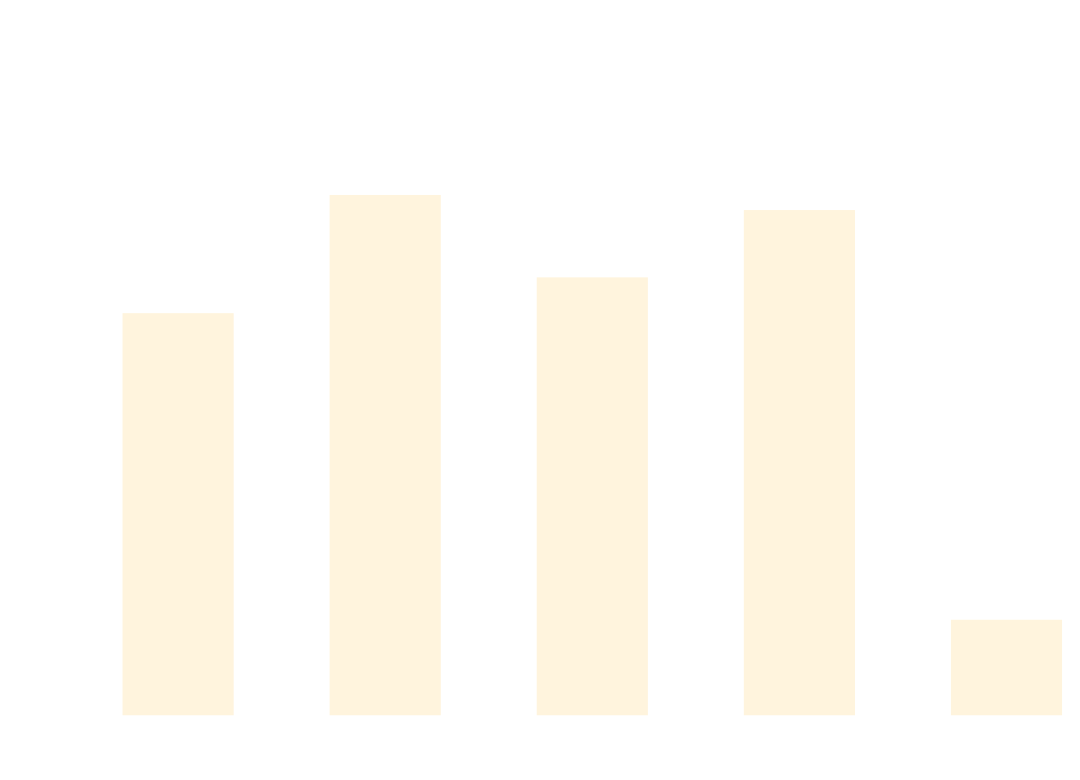
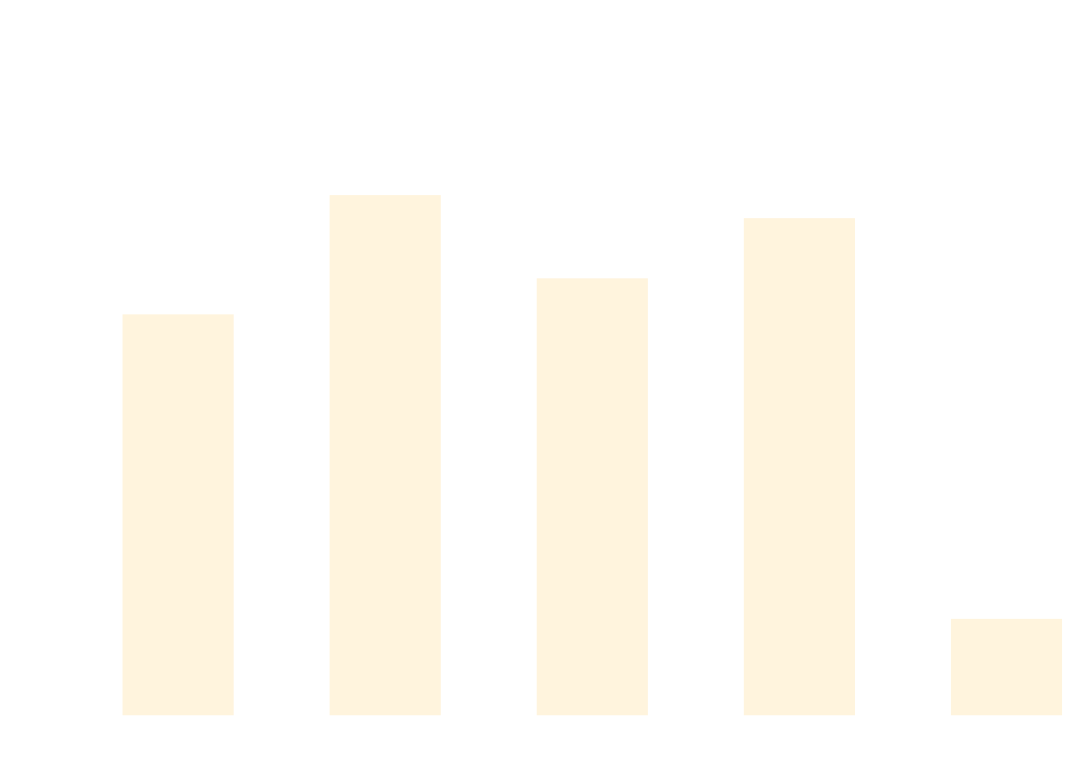
One commit to thomhurst/TUnit changed the diagram in docs/docs/benchmarks/AsyncTests.md. Above: the diagram before and after it, drawn with Mermaid. The commit also changed other lines of this file and 17 other files, not shown here.

````diff
--- a/docs/docs/benchmarks/AsyncTests.md
+++ b/docs/docs/benchmarks/AsyncTests.md
@@ -27,37 +27,37 @@
 ```mermaid
 %%{init: {
   'theme':'base',
   'themeVariables': {
     'primaryColor': '#2563eb',
     'primaryTextColor': '#ffffff',
     'primaryBorderColor': '#1e40af',
     'lineColor': '#6b7280',
     'secondaryColor': '#7c3aed',
     'tertiaryColor': '#dc2626',
     'background': '#ffffff',
     'mainBkg': '#2563eb',
     'secondBkg': '#7c3aed',
     'tertiaryBkg': '#dc2626',
     'clusterBkg': '#f3f4f6',
     'edgeLabelBackground': '#ffffff',
     'tertiaryTextColor': '#1f2937',
     'pie1': '#2563eb',
     'pie2': '#7c3aed',
     'pie3': '#dc2626',
     'pie4': '#f59e0b',
     'pie5': '#10b981',
     'pie6': '#06b6d4',
     'pie7': '#ec4899',
     'pie8': '#6366f1',
     'pie9': '#84cc16',
     'pie10': '#f97316',
     'pie11': '#14b8a6',
     'pie12': '#a855f7'
   }
 }}%%
 xychart-beta
   title "AsyncTests Performance Comparison"
   x-axis ["TUnit", "NUnit", "MSTest", "xUnit3", "TUnit_AOT"]
-  y-axis "Time (ms)" 0 --> 907
-  bar [579.9, 755.5, 633.1, 733.1, 124.4]
+  y-axis "Time (ms)" 0 --> 895
+  bar [570.5, 745.3, 623.3, 711.5, 124.1]
 ```
````
